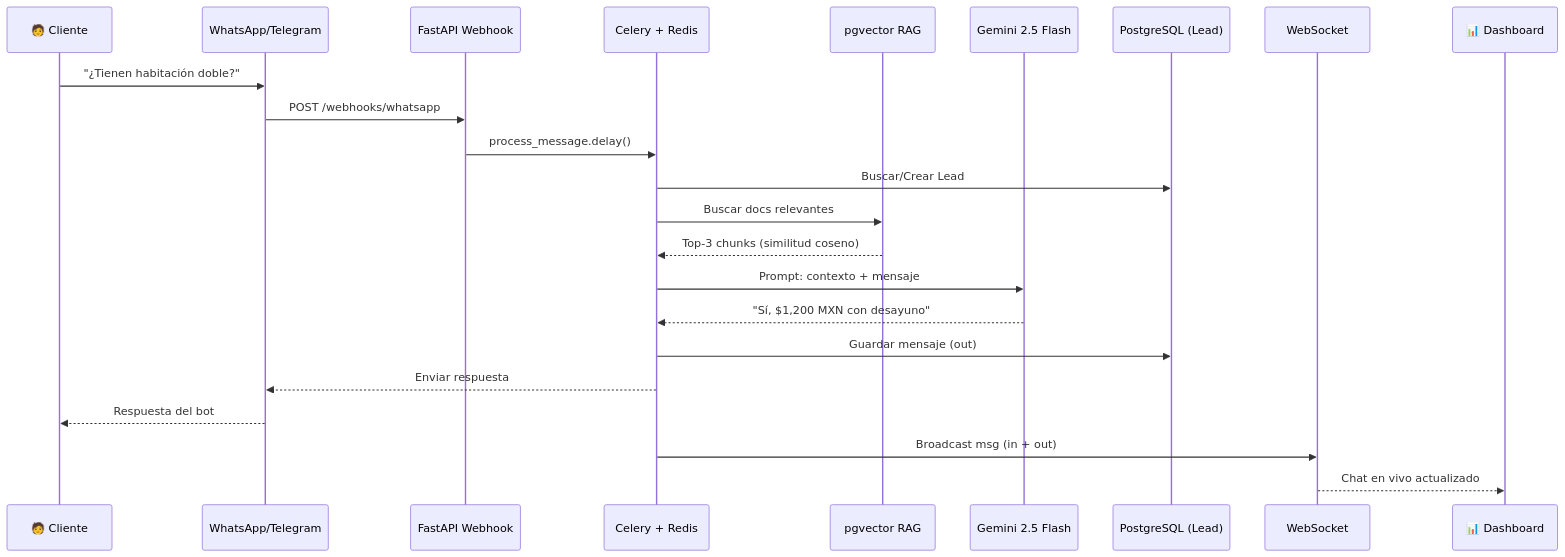
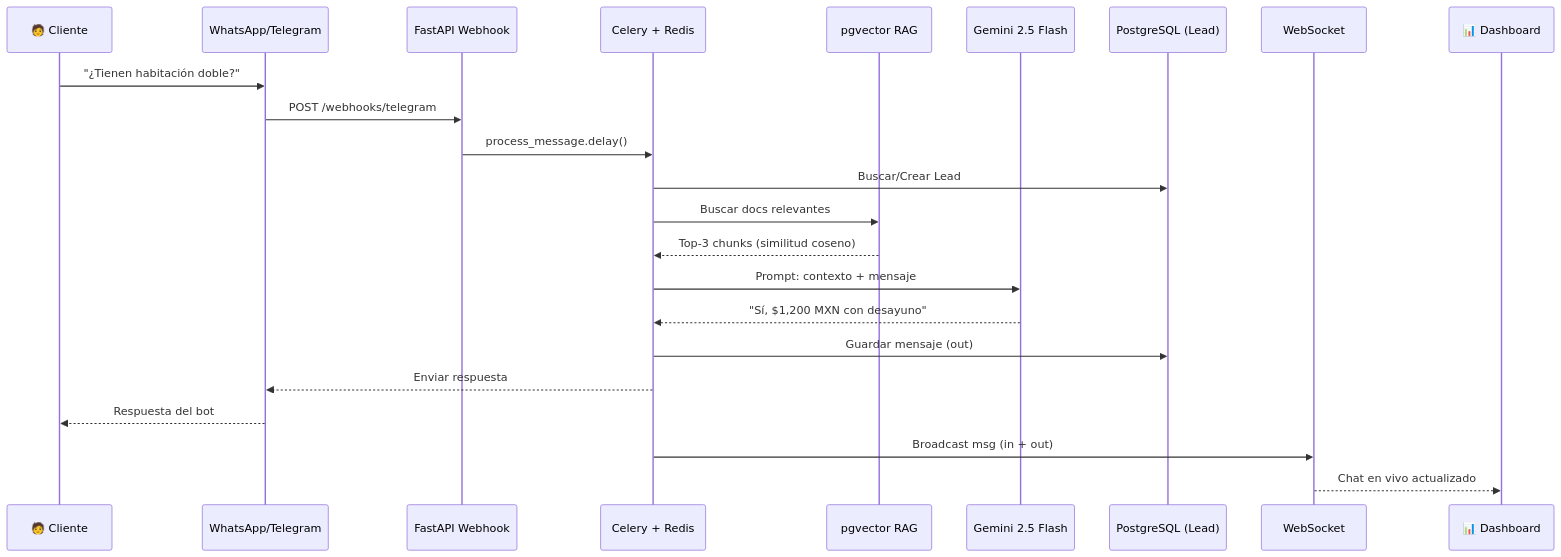
Before and after one commit to MemoElBicho/Eco: the first of 3 diagrams in INVESTORS.md, drawn with Mermaid. The commit also changed other lines of this file and 73 other files, not shown here.

````diff
--- a/INVESTORS.md
+++ b/INVESTORS.md
@@ -34,26 +36,26 @@
 ```mermaid
 sequenceDiagram
     participant C as 🧑 Cliente
     participant WA as WhatsApp/Telegram
     participant API as FastAPI Webhook
     participant Q as Celery + Redis
     participant RAG as pgvector RAG
     participant AI as Gemini 2.5 Flash
     participant DB as PostgreSQL (Lead)
     participant WS as WebSocket
     participant D as 📊 Dashboard
 
     C->>WA: "¿Tienen habitación doble?"
-    WA->>API: POST /webhooks/whatsapp
+    WA->>API: POST /webhooks/telegram
     API->>Q: process_message.delay()
     Q->>DB: Buscar/Crear Lead
     Q->>RAG: Buscar docs relevantes
     RAG-->>Q: Top-3 chunks (similitud coseno)
     Q->>AI: Prompt: contexto + mensaje
     AI-->>Q: "Sí, $1,200 MXN con desayuno"
     Q->>DB: Guardar mensaje (out)
     Q-->>WA: Enviar respuesta
     WA-->>C: Respuesta del bot
     Q->>WS: Broadcast msg (in + out)
     WS-->>D: Chat en vivo actualizado
 ```
````
